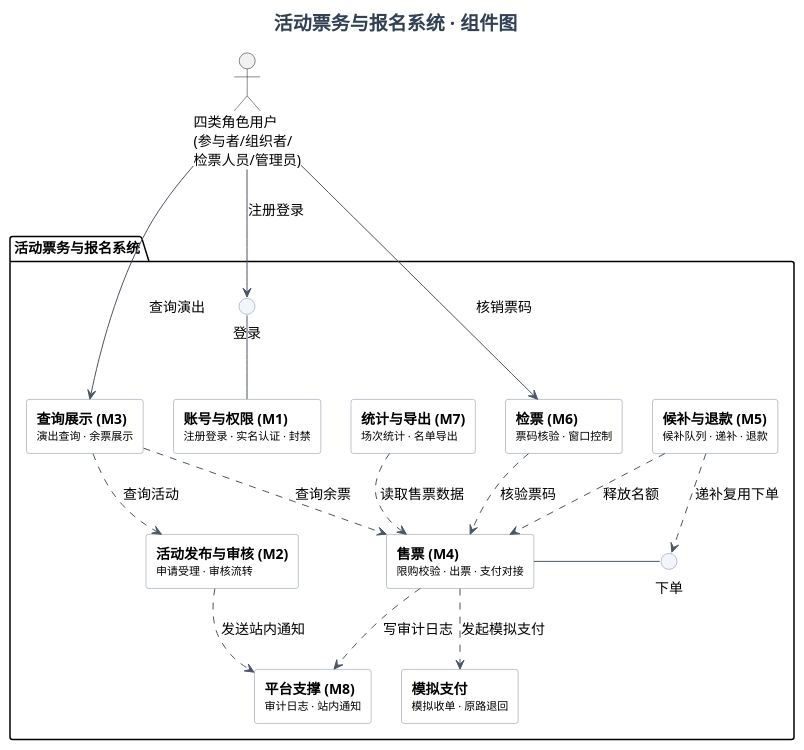
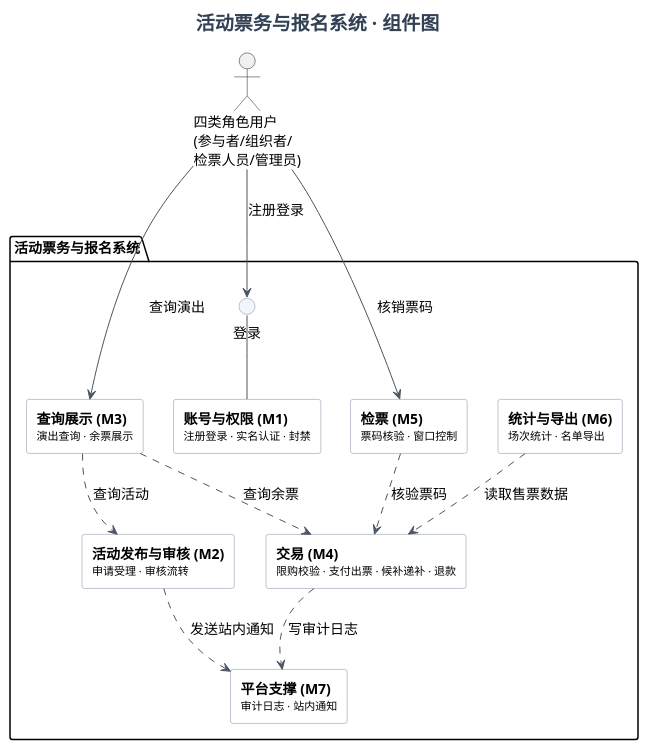
The diagram in lab2/交付物/UML/UML组件图.puml (haoyi-yizhan/RUANGONG_lab1), drawn with PlantUML before and after one commit. The commit also changed 25 other files, not shown here.

Commit message:
模块划分：M4与M5合并为交易模块（售票·候补·退款），重编号为7业务模块；组件图精简：删除无调用方的下单接口与独立模拟支付组件，支付并入M4交易模块；组件图重渲，第2/3章与报告同步

```diff
--- a/lab2/交付物/UML/UML组件图.puml
+++ b/lab2/交付物/UML/UML组件图.puml
@@ -1,78 +1,65 @@
 @startuml
 ' 实验二：组件图
 ' 布局按调用方向分四层：顶部四类角色用户 → 对外接口与发起调用的模块 →
-' 被依赖的售票(M4，全局枢纽)与活动发布与审核(M2) → 底部平台支撑(M8)与模拟支付。
+' 被依赖的交易(M4，含售票·候补·退款，全局枢纽)与活动发布与审核(M2) → 底部平台支撑(M7)。
 ' 依赖方向自上而下，全程无交叉。
-' 说明1：登录/下单是被多方复用的服务能力，抽象为接口画在系统框内、紧贴所属模块；
-'        核销仅检票人员一人使用，由角色直达检票(M6)，不设接口符号——避免接口挂接线与角色线交叉。
-' 说明2：模拟支付是系统内的站内模拟支付组件（REQ-007，本项目不接入真实支付），
-'        独立成组件以便日后替换真实支付；不是外部系统。
+' 说明1：登录是四类角色共用的入口，抽象为接口画在系统框内、紧贴 M1；
+'        下单不设接口——它是 M4 交易模块的内建能力（候补递补复用同一入口），
+'        购票链路由 M3 ..> M4 的查询余票依赖表达。
+' 说明2：支付是 M4 交易模块的内建职责（REQ-007，站内模拟、不接入真实支付），
+'        与订单事务不可分，不单独成组件，图中只有 M1~M7 七个模块、无外部系统。
 ' 说明3：模块框内第二行小字为该模块的代表性职责（与第2章模块划分对应）。
 ' 说明4：标记 [hidden] 的锚点边仅用于定位，不表达任何关系。
 skinparam backgroundColor #FFFFFF
 skinparam defaultFontName "Microsoft YaHei"
 skinparam defaultFontSize 14
 skinparam shadowing false
 skinparam ArrowColor #4B5563
 skinparam BorderColor #7C8AA0
 skinparam TitleFontSize 19
 skinparam TitleFontColor #334155
 skinparam nodesep 30
 skinparam ranksep 60
 skinparam componentStyle rectangle
 skinparam componentBackgroundColor #FFFFFF
 skinparam componentBorderColor #7C8AA0
 skinparam interfaceBackgroundColor #F2F5F9
 skinparam interfaceBorderColor #7C8AA0
 
 title 活动票务与报名系统 · 组件图
 
 package "活动票务与报名系统" {
   component "**账号与权限 (M1)**\n<size:11>注册登录 · 实名认证 · 封禁</size>" as M1
   component "**活动发布与审核 (M2)**\n<size:11>申请受理 · 审核流转</size>" as M2
   component "**查询展示 (M3)**\n<size:11>演出查询 · 余票展示</size>" as M3
-  component "**售票 (M4)**\n<size:11>限购校验 · 出票 · 支付对接</size>" as M4
-  component "**候补与退款 (M5)**\n<size:11>候补队列 · 递补 · 退款</size>" as M5
-  component "**检票 (M6)**\n<size:11>票码核验 · 窗口控制</size>" as M6
-  component "**统计与导出 (M7)**\n<size:11>场次统计 · 名单导出</size>" as M7
-  component "**平台支撑 (M8)**\n<size:11>审计日志 · 站内通知</size>" as M8
-  component "**模拟支付**\n<size:11>模拟收单 · 原路退回</size>" as PAY
+  component "**交易 (M4)**\n<size:11>限购校验 · 支付出票 · 候补递补 · 退款</size>" as M4
+  component "**检票 (M5)**\n<size:11>票码核验 · 窗口控制</size>" as M5
+  component "**统计与导出 (M6)**\n<size:11>场次统计 · 名单导出</size>" as M6
+  component "**平台支撑 (M7)**\n<size:11>审计日志 · 站内通知</size>" as M7
 
-  ' 对外提供的服务接口（系统框内，紧贴所属模块）：只留给被多方复用的能力
   () "登录" as API_LOGIN
-  () "下单" as API_ORDER
 }
 
 actor "四类角色用户\n(参与者/组织者/\n检票人员/管理员)" as U
 
-' ===== 角色入口（穿过系统边界触达接口/模块）=====
 U -down-> API_LOGIN : 注册登录
 U -down-> M3 : 查询演出
-U -down-> M6 : 核销票码
+U -down-> M5 : 核销票码
 
-' ===== 接口挂接 =====
 API_LOGIN -down- M1
-M4 -right- API_ORDER
 
-' ===== 模块依赖（使用者 ..> 被依赖者）=====
 M3 ..> M2 : 查询活动
 M3 ..> M4 : 查询余票
-M7 ..> M4 : 读取售票数据
-M6 ..> M4 : 核验票码
-M5 ..> M4 : 释放名额
-M5 ..> API_ORDER : 递补复用下单
-M4 ..> PAY : 发起模拟支付
-M4 ..> M8 : 写审计日志
-M2 ..> M8 : 发送站内通知
+M6 ..> M4 : 读取售票数据
+M5 ..> M4 : 核验票码
+M4 ..> M7 : 写审计日志
+M2 ..> M7 : 发送站内通知
 
-' ===== 布局锚点（仅定位，不表达关系）=====
 M1 -[hidden]right- M3
-M3 -[hidden]right- M7
-M7 -[hidden]right- M6
-M6 -[hidden]right- M5
+M3 -[hidden]right- M5
+M5 -[hidden]right- M6
 M3 -[hidden]down- M2
-M6 -[hidden]down- M4
+M5 -[hidden]down- M4
 M2 -[hidden]right- M4
-M2 -[hidden]down- M8
-M8 -[hidden]right- PAY
+M4 -[hidden]down- M7
 @enduml
```
